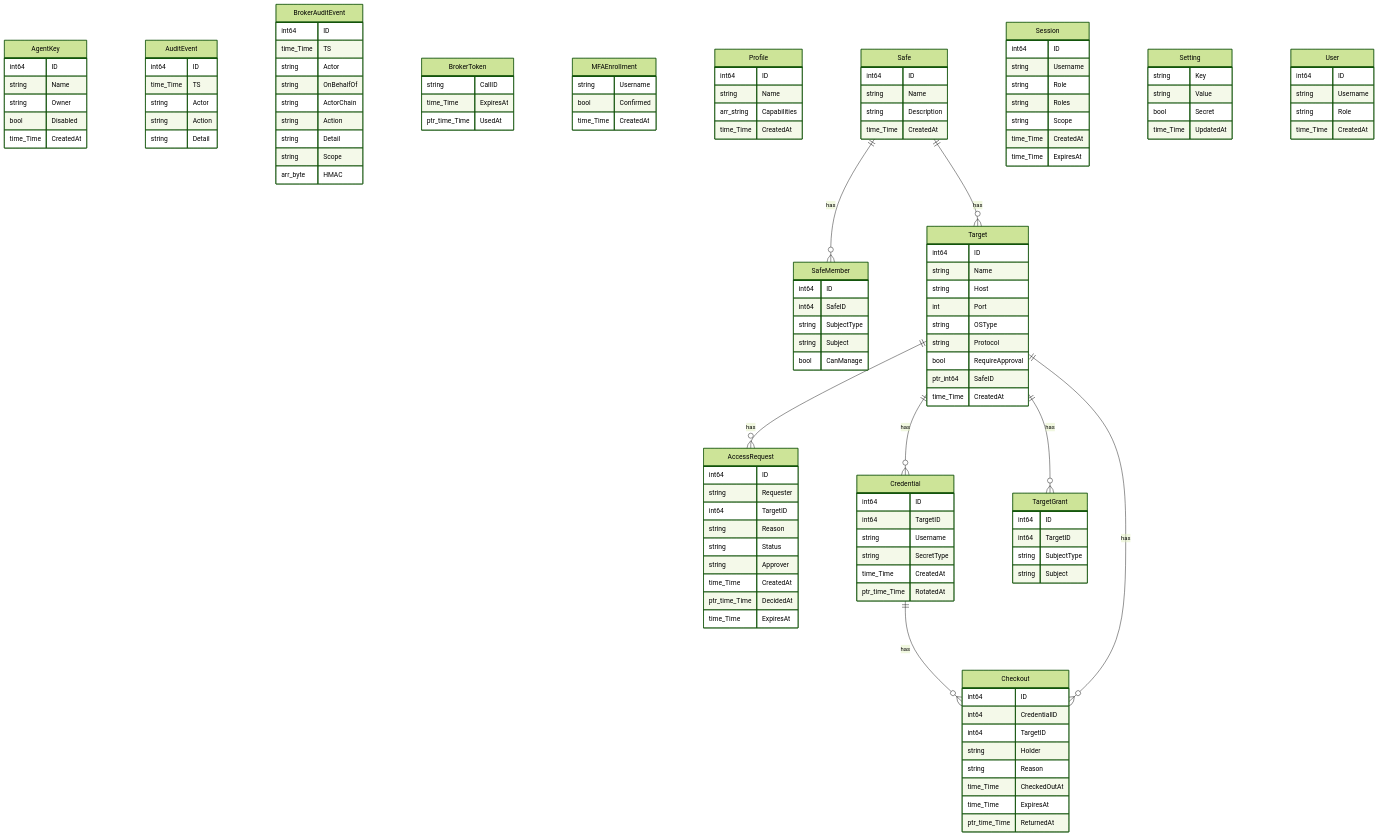
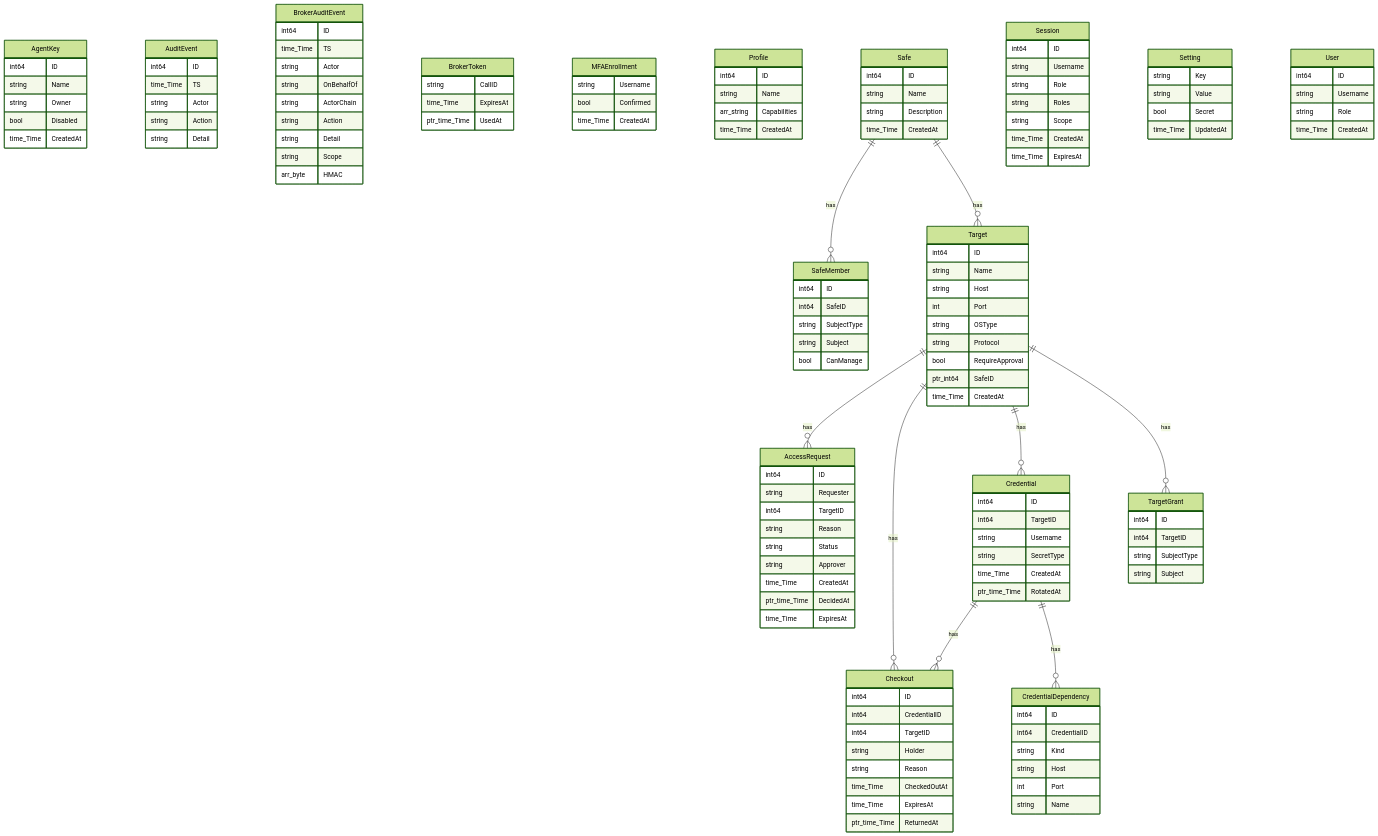
One commit to morandeirachema/pamv1 changed the second of 2 diagrams in docs/ARCHITECTURE-DIAGRAMS.md. Above: the diagram before and after it, drawn with Mermaid (forest theme). The commit also changed other lines of this file and 16 other files, not shown here.

```diff
--- a/docs/ARCHITECTURE-DIAGRAMS.md
+++ b/docs/ARCHITECTURE-DIAGRAMS.md
@@ -194,6 +194,14 @@
     string SecretType
     time_Time CreatedAt
     ptr_time_Time RotatedAt
+  }
+  CredentialDependency {
+    int64 ID
+    int64 CredentialID
+    string Kind
+    string Host
+    int Port
+    string Name
   }
   MFAEnrollment {
     string Username
@@ -258,6 +266,7 @@
     time_Time CreatedAt
   }
   Credential ||--o{ Checkout : "has"
+  Credential ||--o{ CredentialDependency : "has"
   Safe ||--o{ SafeMember : "has"
   Safe ||--o{ Target : "has"
   Target ||--o{ AccessRequest : "has"
```
